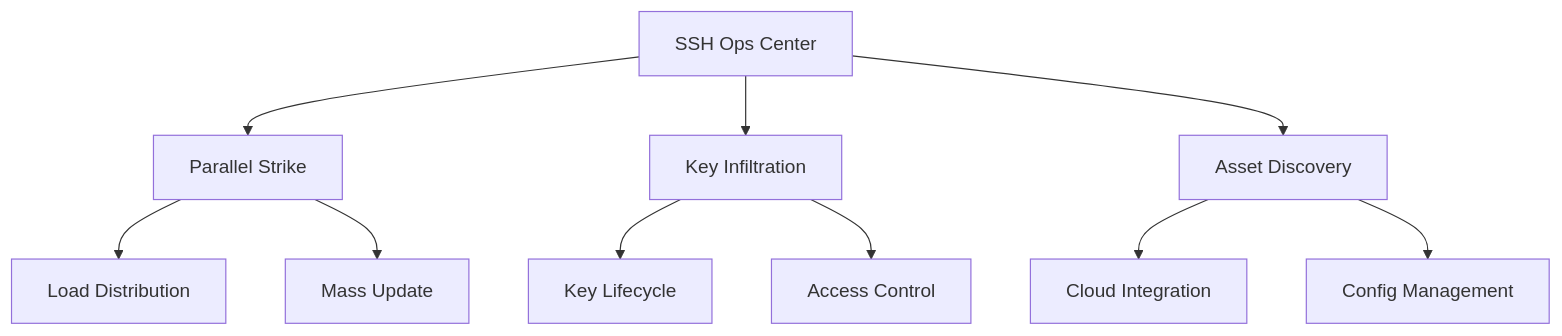
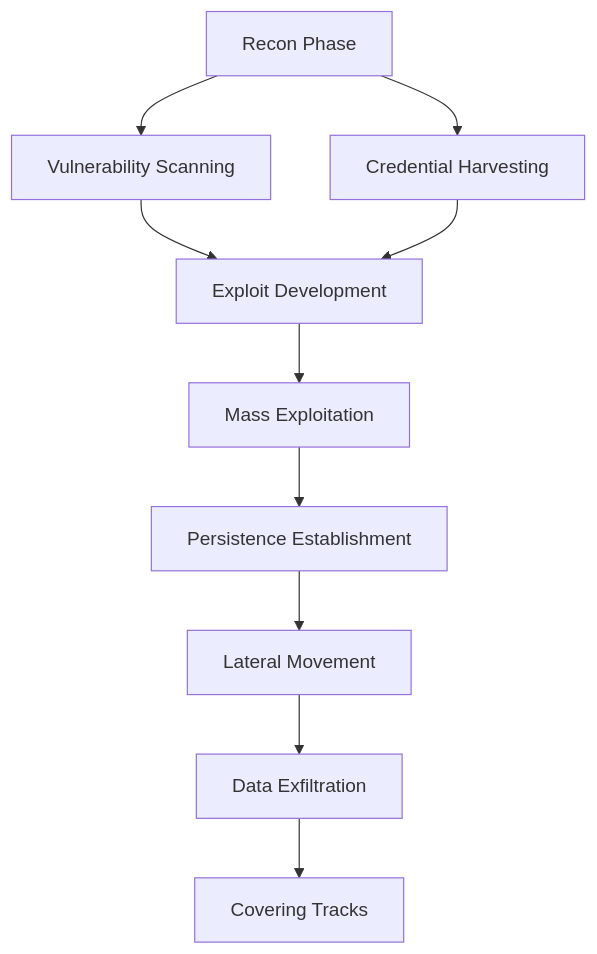
Before and after one commit to cipherbite/mastering-linux: the second of 3 diagrams in mastering-ssh-part-one/3 - Intermediate SSH Usage.md, drawn with Mermaid. The commit also changed other lines of this file, not shown here.

Commit message:
Update 3 - Intermediate SSH Usage.md

````diff
--- a/mastering-ssh-part-one/3 - Intermediate SSH Usage.md
+++ b/mastering-ssh-part-one/3 - Intermediate SSH Usage.md
@@ -300,12 +427,12 @@
 ```mermaid
 graph TD
-    A[SSH Ops Center] --> B[Parallel Strike]
-    A --> C[Key Infiltration]
-    A --> D[Asset Discovery]
-    B --> E[Load Distribution]
-    B --> F[Mass Update]
-    C --> G[Key Lifecycle]
-    C --> H[Access Control]
-    D --> I[Cloud Integration]
-    D --> J[Config Management]
+    A[Recon Phase] --> B[Vulnerability Scanning]
+    A --> C[Credential Harvesting]
+    B --> D[Exploit Development]
+    C --> D
+    D --> E[Mass Exploitation]
+    E --> F[Persistence Establishment]
+    F --> G[Lateral Movement]
+    G --> H[Data Exfiltration]
+    H --> I[Covering Tracks]
 ```
````
